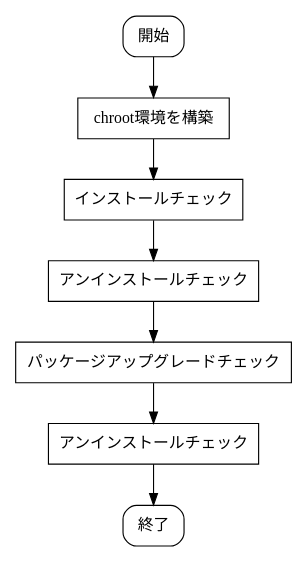
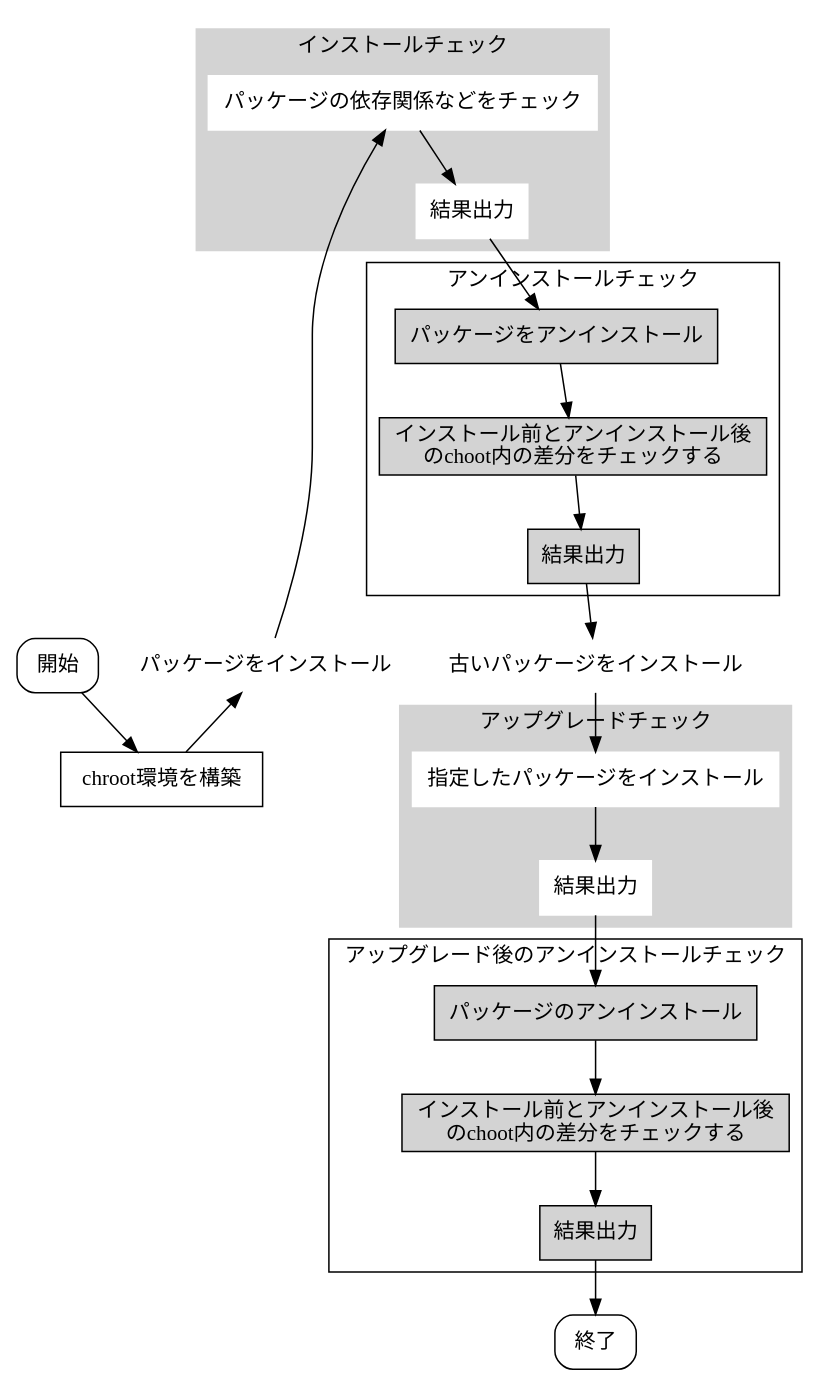
Before and after one commit to dancerj/monthly-report: the diagram in image201004/piuparts-process.dot, drawn with Graphviz. The commit also changed 1 other file, not shown here.

```diff
--- a/image201004/piuparts-process.dot
+++ b/image201004/piuparts-process.dot
@@ -1,22 +1,55 @@
 # dot -Tps:cairo -o piuparts-process.eps piuparts-process.dot
 
 digraph {
-	graph [size = "4, 5"];
 	p0 [label="開始", shape=Mrecord];
 	p2 [label="chroot環境を構築", shape=box];
-	//p3 [label="dpkg -i でパッケージをインストール", shape=box];
-	//p4 [label="apt-get -yf --no-remove install\n でパッケージをインストール", shape=box];
-	p4 [label="インストールチェック", shape=box];
-	p5 [label="アンインストールチェック", shape=box];
-	//p5 [label="dpkg --remove パッケージをアンインストール", shape=box];
-	//p6 [label="dpkg --remove --purge パッケージをアンインストール", shape=box];
-	//p7 [label="古いパッケージがある？", shape=diamond];
-	p8 [label="パッケージアップグレードチェック", shape=box];
-	p9 [label="アンインストールチェック", shape=box];
 	p10 [label="終了", shape=Mrecord];
 	
-	p0 -> p2 -> p4 -> p5 -> p8 ->p9 ->p10
-	//p7 -> p8 [label="Yes"];
-	//p7 -> p9;
-	//p7 -> p10 [label="No"];
+	subgraph cluster_i {
+		style=filled;
+		color=lightgrey;
+		label="インストールチェック"
+		node [style=filled,color=white];
+ 		i0 [label="パッケージをインストール", shape=box];
+ 		ix [label="パッケージの依存関係などをチェック", shape=box];
+		i1 [label="結果出力", shape=box];
+		i0 -> ix ->i1 ;
+	}
+
+	subgraph cluster_ui {
+		label="アンインストールチェック"
+		node [style=filled];
+ 		ui0 [label="パッケージをアンインストール", shape=box];
+		uix [label="インストール前とアンインストール後\nのchoot内の差分をチェックする", shape=box];
+		ui1 [label="結果出力", shape=box];
+		ui0 -> uix -> ui1;
+	}
+
+	subgraph cluster_ug_ug {
+		style=filled;
+		color=lightgrey;
+		label="アップグレードチェック"
+		node [style=filled,color=white];
+ 		ug_ug0 [label="古いパッケージをインストール", shape=box];
+		ug_ug1 [label="指定したパッケージをインストール", shape=box];
+		ug_ug2 [label="結果出力", shape=box];
+		ug_ug0 -> ug_ug1 -> ug_ug2;
+	}
+
+	subgraph cluster_ug_ui {
+		label="アップグレード後のアンインストールチェック"
+		node [style=filled];
+ 		ug_ui0 [label="パッケージのアンインストール", shape=box];
+		ug_ui1 [label="インストール前とアンインストール後\nのchoot内の差分をチェックする", shape=box];
+		ug_ui2 [label="結果出力", shape=box];
+		ug_ui0 -> ug_ui1 -> ug_ui2;
+	}
+
+	{rank=same ; p0 ; i0 ; ug_ug0; }
+
+	p0 -> p2 -> i0;
+	i1 -> ui0;
+	ui1 -> ug_ug0 ;
+	ug_ug2 -> ug_ui0;
+	ug_ui2 -> p10;
 }
```
